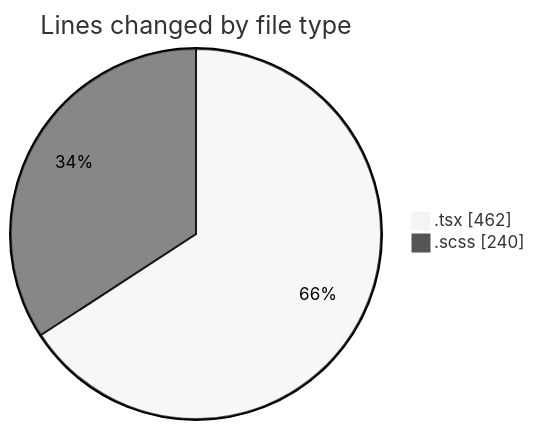
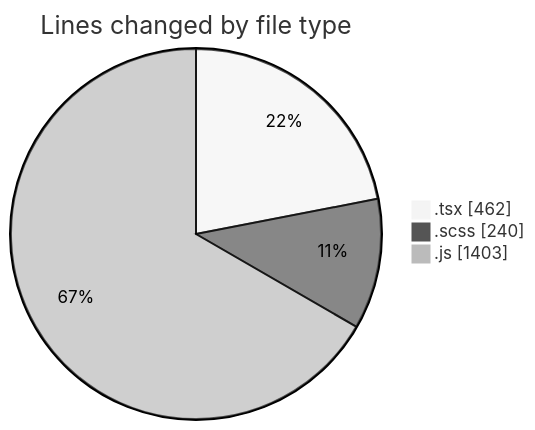
Before and after one commit to momahboobian/code-tracking: the first of 2 diagrams in 2026-06-17/cda/README.md, drawn with Mermaid (neutral theme). The commit also changed other lines of this file and 1 other file, not shown here.

````diff
--- a/2026-06-17/cda/README.md
+++ b/2026-06-17/cda/README.md
@@ -30,6 +32,7 @@
 ```mermaid
 pie showData
 title Lines changed by file type
 ".tsx" : 462
 ".scss" : 240
+".js" : 1403
 ```
````
